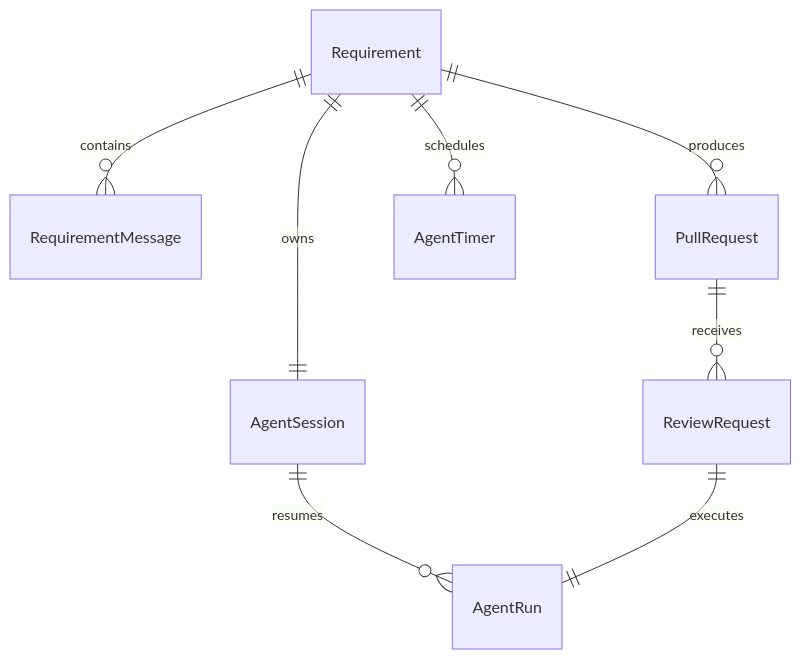
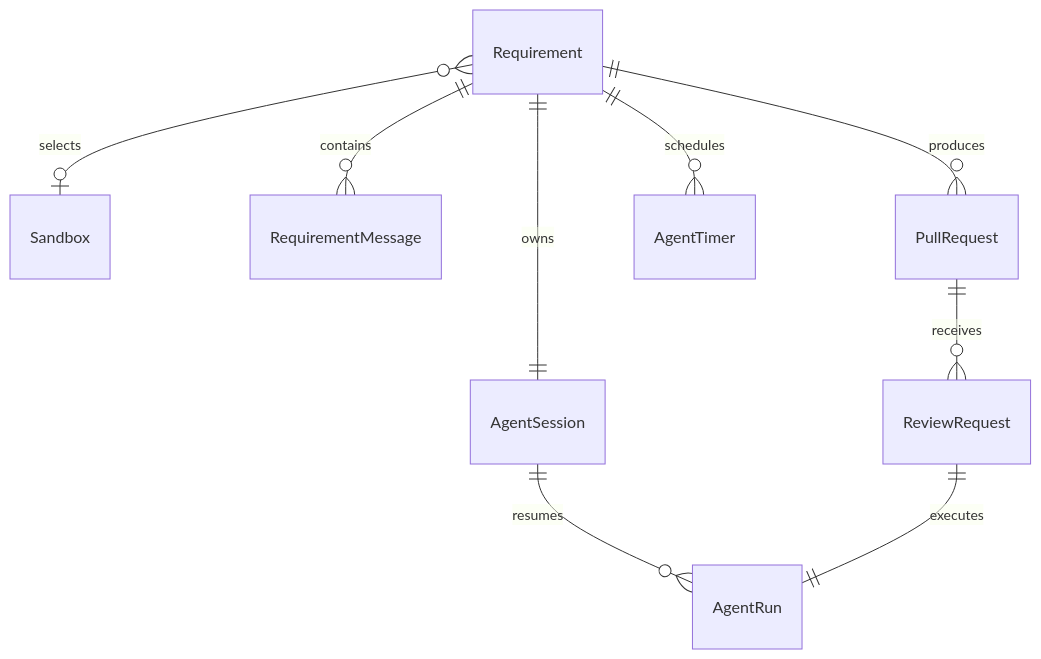
The first of 2 diagrams in docs/architecture.en.md (luohaha/code-factory), drawn with Mermaid before and after one commit. The commit also changed other lines of this file and 24 other files, not shown here.

```diff
--- a/docs/architecture.en.md
+++ b/docs/architecture.en.md
@@ -15,10 +15,11 @@
 ~~~mermaid
 erDiagram
   Requirement ||--|| AgentSession : owns
+  Requirement }o--o| Sandbox : selects
   Requirement ||--o{ RequirementMessage : contains
   Requirement ||--o{ PullRequest : produces
   Requirement ||--o{ AgentTimer : schedules
   AgentSession ||--o{ AgentRun : resumes
   PullRequest ||--o{ ReviewRequest : receives
   ReviewRequest ||--|| AgentRun : executes
 ~~~
```
